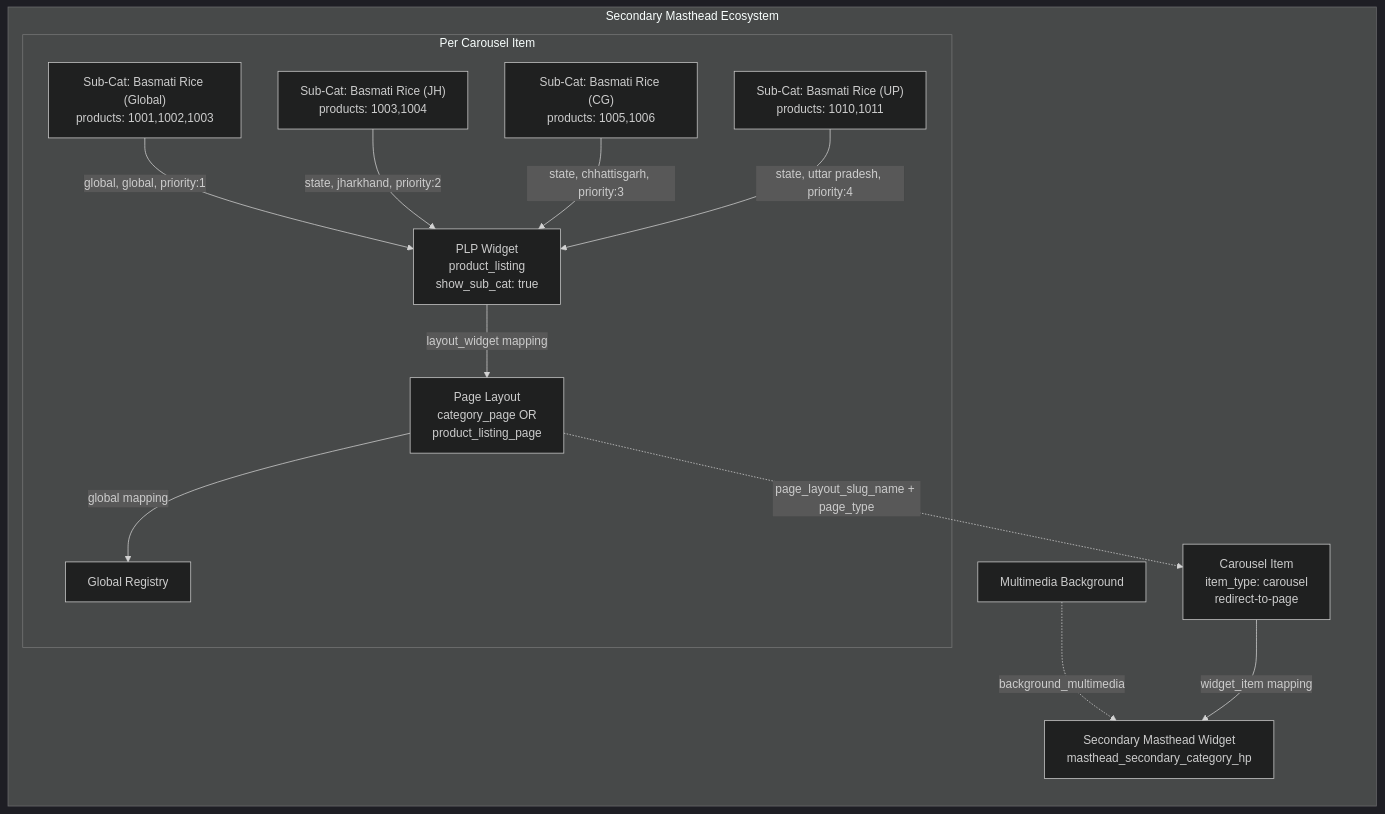
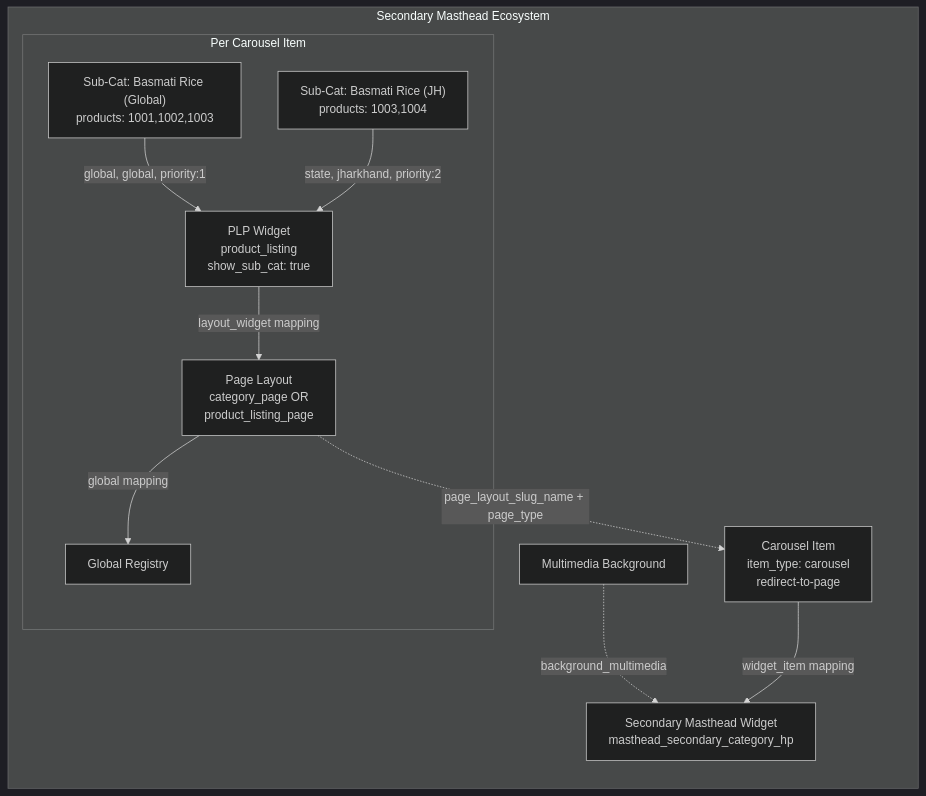
Before and after one commit to satyamgupta1312/Optimus: the fifth of 8 diagrams in wiki/PLP-PAGE-widget-support.md, drawn with Mermaid (dark theme). The commit also changed other lines of this file and 10 other files, not shown here.

First line of the commit message:
sync: config-wiki sync + PLP page widget support rewrite

````diff
--- a/wiki/PLP-PAGE-widget-support.md
+++ b/wiki/PLP-PAGE-widget-support.md
@@ -177,31 +308,27 @@
 ```mermaid
 flowchart TD
     subgraph Secondary Masthead Ecosystem
         direction TB
         MM[Multimedia Background] -.->|background_multimedia| SMW
-        
+
         subgraph Per Carousel Item
             SC_G["Sub-Cat: Basmati Rice (Global)\nproducts: 1001,1002,1003"]
             SC_JH["Sub-Cat: Basmati Rice (JH)\nproducts: 1003,1004"]
-            SC_CG["Sub-Cat: Basmati Rice (CG)\nproducts: 1005,1006"]
-            SC_UP["Sub-Cat: Basmati Rice (UP)\nproducts: 1010,1011"]
 
-            PLP[PLP Widget\nproduct_listing\nshow_sub_cat: true]
+            PLP["PLP Widget\nproduct_listing\nshow_sub_cat: true"]
             Page["Page Layout\ncategory_page OR\nproduct_listing_page"]
 
             SC_G -->|"global, global, priority:1"| PLP
             SC_JH -->|"state, jharkhand, priority:2"| PLP
-            SC_CG -->|"state, chhattisgarh, priority:3"| PLP
-            SC_UP -->|"state, uttar pradesh, priority:4"| PLP
 
             PLP -->|layout_widget mapping| Page
             Page -->|global mapping| Global[Global Registry]
         end
 
         CI["Carousel Item\nitem_type: carousel\nredirect-to-page"]
         SMW["Secondary Masthead Widget\nmasthead_secondary_category_hp"]
 
         Page -.->|"page_layout_slug_name + page_type"| CI
         CI -->|widget_item mapping| SMW
     end
 ```
````
